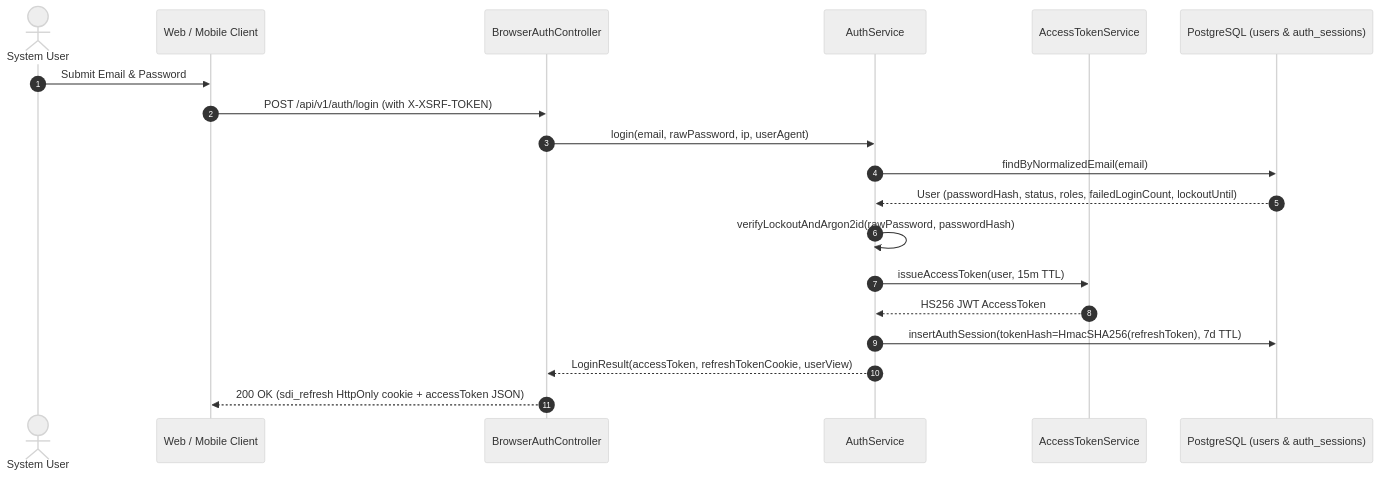
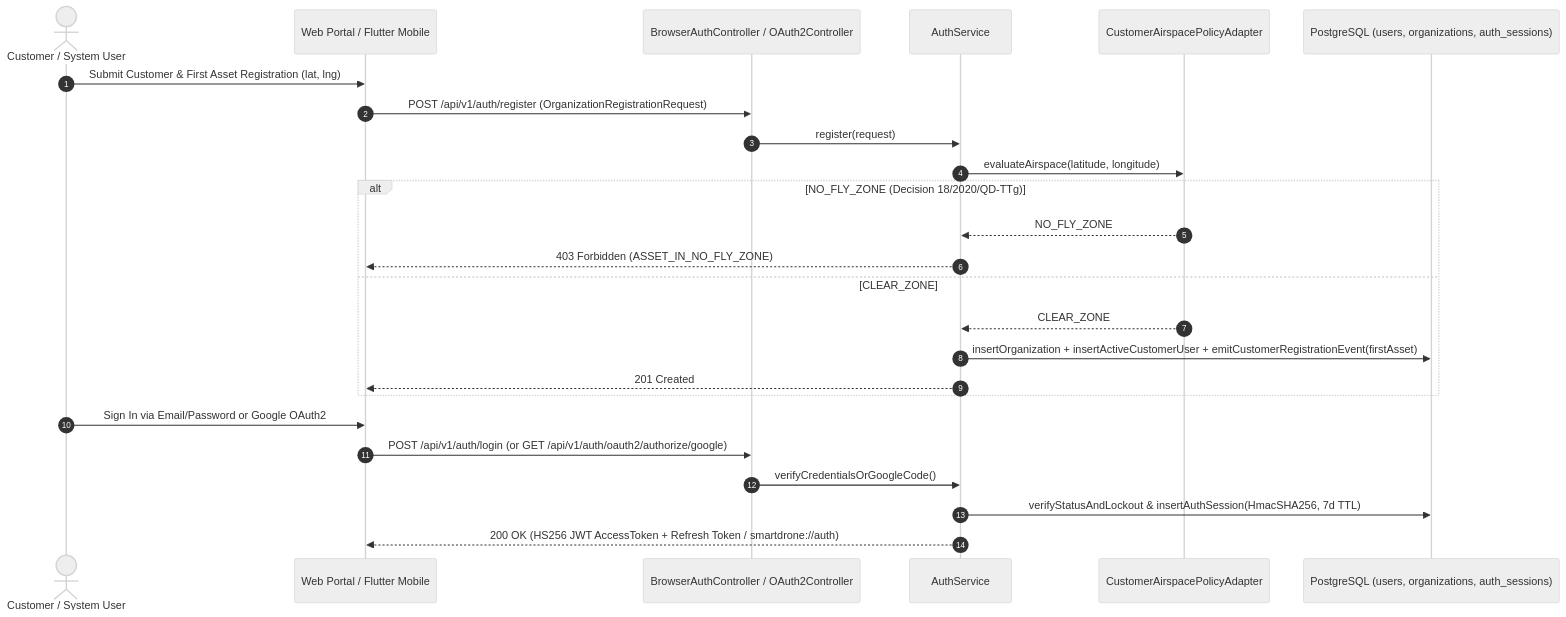
Before and after one commit to tungbach12/SmartDroneInspection-Docs: the second of 23 diagrams in reports/report-4-software-design-document/03-detailed-design.md, drawn with Mermaid (neutral theme). The commit also changed other lines of this file and 245 other files, not shown here.

First line of the commit message:
docs(reports): synchronize all reports, diagrams, and test sheets to 5-role 8-feature baseline

````diff
--- a/reports/report-4-software-design-document/03-detailed-design.md
+++ b/reports/report-4-software-design-document/03-detailed-design.md
@@ -83,23 +79,30 @@
 ```mermaid
-%% title: User Authentication Sequence Diagram
+%% title: User Authentication, Google OAuth2 and Airspace Registration Sequence Diagram
 sequenceDiagram
   autonumber
-  actor User as System User
-  participant Client as Web / Mobile Client
-  participant AuthCtrl as BrowserAuthController
+  actor User as Customer / System User
+  participant Client as Web Portal / Flutter Mobile
+  participant AuthCtrl as BrowserAuthController / OAuth2Controller
   participant AuthSvc as AuthService
-  participant JwtSvc as AccessTokenService
-  participant DB as PostgreSQL (users & auth_sessions)
+  participant Airspace as CustomerAirspacePolicyAdapter
+  participant DB as PostgreSQL (users, organizations, auth_sessions)
 
-  User->>Client: Submit Email & Password
-  Client->>AuthCtrl: POST /api/v1/auth/login (with X-XSRF-TOKEN)
-  AuthCtrl->>AuthSvc: login(email, rawPassword, ip, userAgent)
-  AuthSvc->>DB: findByNormalizedEmail(email)
-  DB-->>AuthSvc: User (passwordHash, status, roles, failedLoginCount, lockoutUntil)
-  AuthSvc->>AuthSvc: verifyLockoutAndArgon2id(rawPassword, passwordHash)
-  AuthSvc->>JwtSvc: issueAccessToken(user, 15m TTL)
-  JwtSvc-->>AuthSvc: HS256 JWT AccessToken
-  AuthSvc->>DB: insertAuthSession(tokenHash=HmacSHA256(refreshToken), 7d TTL)
-  AuthSvc-->>AuthCtrl: LoginResult(accessToken, refreshTokenCookie, userView)
-  AuthCtrl-->>Client: 200 OK (sdi_refresh HttpOnly cookie + accessToken JSON)
+  User->>Client: Submit Customer & First Asset Registration (lat, lng)
+  Client->>AuthCtrl: POST /api/v1/auth/register (OrganizationRegistrationRequest)
+  AuthCtrl->>AuthSvc: register(request)
+  AuthSvc->>Airspace: evaluateAirspace(latitude, longitude)
+  alt NO_FLY_ZONE (Decision 18/2020/QD-TTg)
+    Airspace-->>AuthSvc: NO_FLY_ZONE
+    AuthSvc-->>Client: 403 Forbidden (ASSET_IN_NO_FLY_ZONE)
+  else CLEAR_ZONE
+    Airspace-->>AuthSvc: CLEAR_ZONE
+    AuthSvc->>DB: insertOrganization + insertActiveCustomerUser + emitCustomerRegistrationEvent(firstAsset)
+    AuthSvc-->>Client: 201 Created
+  end
+
+  User->>Client: Sign In via Email/Password or Google OAuth2
+  Client->>AuthCtrl: POST /api/v1/auth/login (or GET /api/v1/auth/oauth2/authorize/google)
+  AuthCtrl->>AuthSvc: verifyCredentialsOrGoogleCode()
+  AuthSvc->>DB: verifyStatusAndLockout & insertAuthSession(HmacSHA256, 7d TTL)
+  AuthSvc-->>Client: 200 OK (HS256 JWT AccessToken + Refresh Token / smartdrone://auth)
 ```
````
